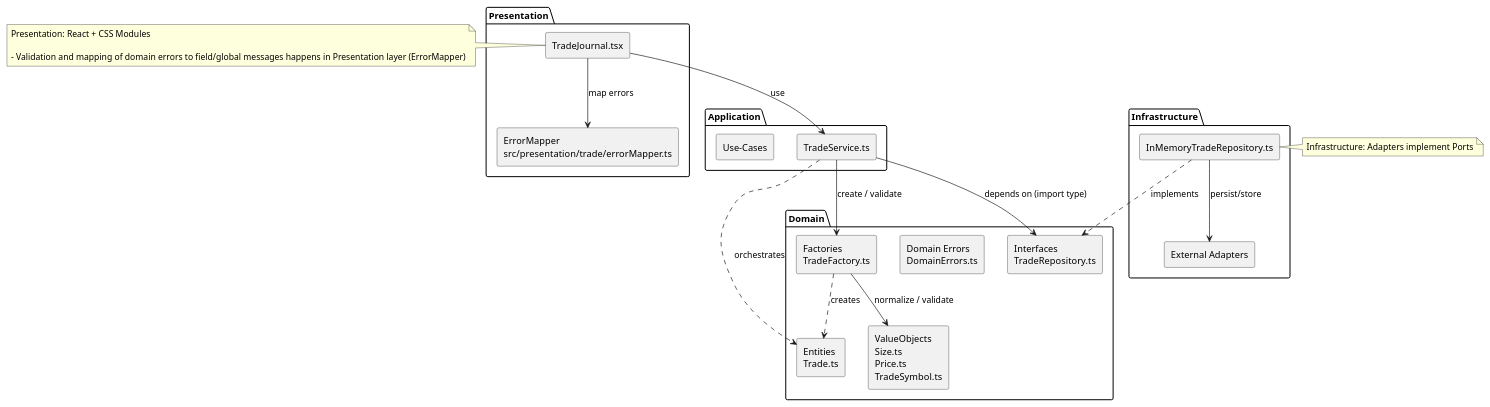
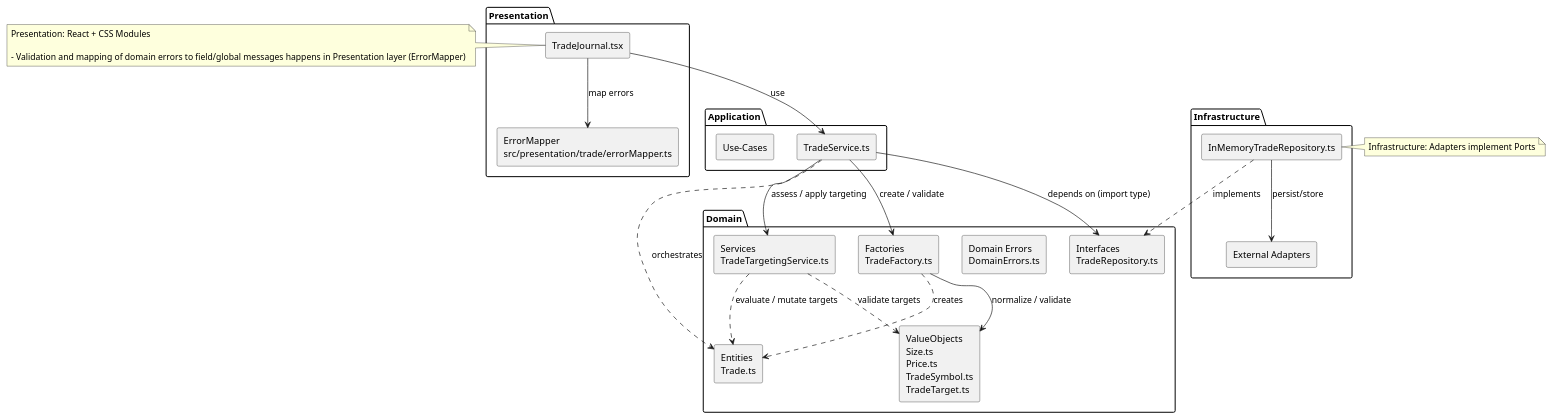
The diagram in docs/diagrams/architecture.puml (monkey-trader/traders-mirror), drawn with PlantUML before and after one commit. The commit also changed 8 other files, not shown here.

Commit message:
chore: docs: update architecture diagram with TradeTarget and TradeTargetingService

```diff
--- a/docs/diagrams/architecture.puml
+++ b/docs/diagrams/architecture.puml
@@ -2,49 +2,53 @@
 @startuml architecture
 skinparam componentStyle rectangle
 
 package "Presentation" {
   [TradeJournal.tsx] as UI
   [ErrorMapper\nsrc/presentation/trade/errorMapper.ts] as ErrorMapper
 }
 
 package "Application" {
   [TradeService.ts] as Service
   [Use-Cases] as UseCases
 }
 
 package "Domain" {
   [Entities\nTrade.ts] as DomainEntity
-  [ValueObjects\nSize.ts\nPrice.ts\nTradeSymbol.ts] as VOs
+  [ValueObjects\nSize.ts\nPrice.ts\nTradeSymbol.ts\nTradeTarget.ts] as VOs
   [Factories\nTradeFactory.ts] as Factory
   [Domain Errors\nDomainErrors.ts] as Errors
   [Interfaces\nTradeRepository.ts] as Ports
+  [Services\nTradeTargetingService.ts] as DomainServices
 }
 
 package "Infrastructure" {
   [InMemoryTradeRepository.ts] as AdapterRepo
   [External Adapters] as Ext
 }
 
 'Relationships (Ports & Adapters)
 UI --> Service : use
 UI --> ErrorMapper : map errors
 Service --> Factory : create / validate
+Service --> DomainServices : assess / apply targeting
 Factory --> VOs : normalize / validate
 Service --> Ports : depends on (import type)
 AdapterRepo ..> Ports : implements
 AdapterRepo --> Ext : persist/store
 
 ' Layer boundaries (onion-like)
 Service ..> DomainEntity : orchestrates
 Factory ..> DomainEntity : creates
+DomainServices ..> DomainEntity : evaluate / mutate targets
+DomainServices ..> VOs : validate targets
 
 note left of UI
 Presentation: React + CSS Modules
 
 - Validation and mapping of domain errors to field/global messages happens in Presentation layer (ErrorMapper)
 end note
 
 note right of AdapterRepo
 Infrastructure: Adapters implement Ports
 end note
 @enduml
```
